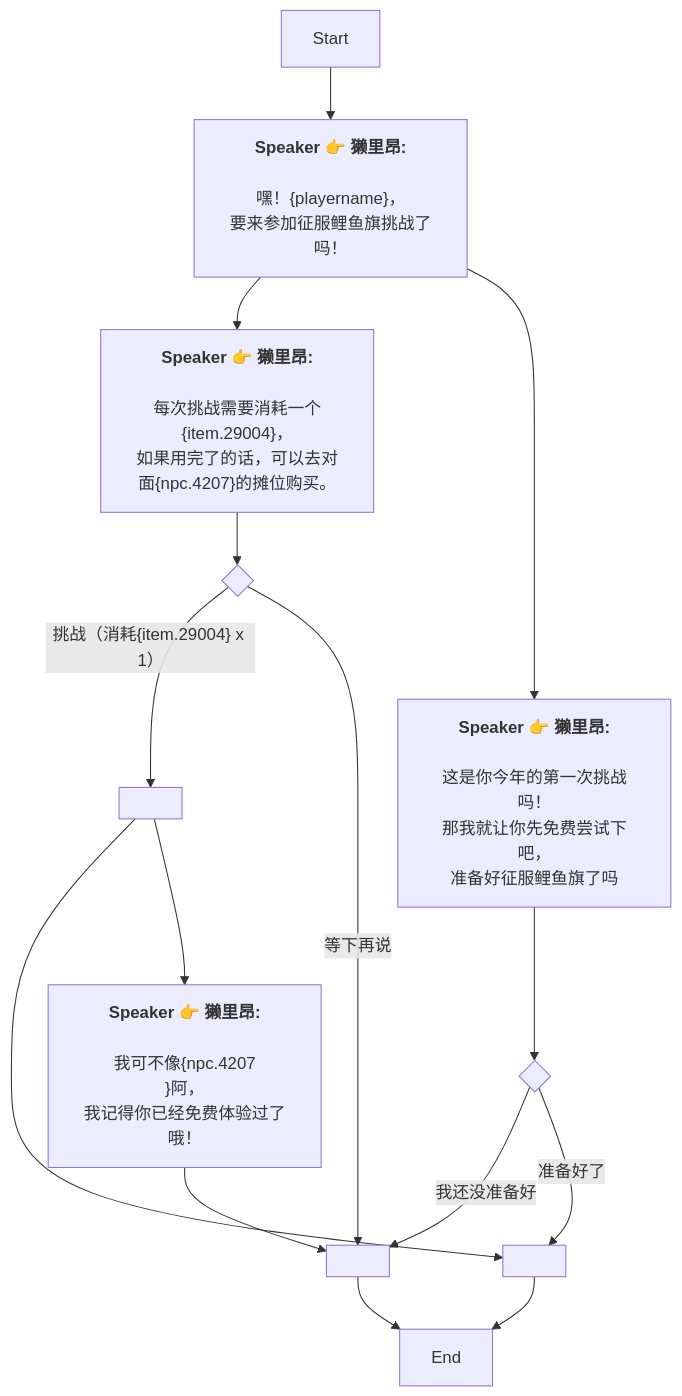
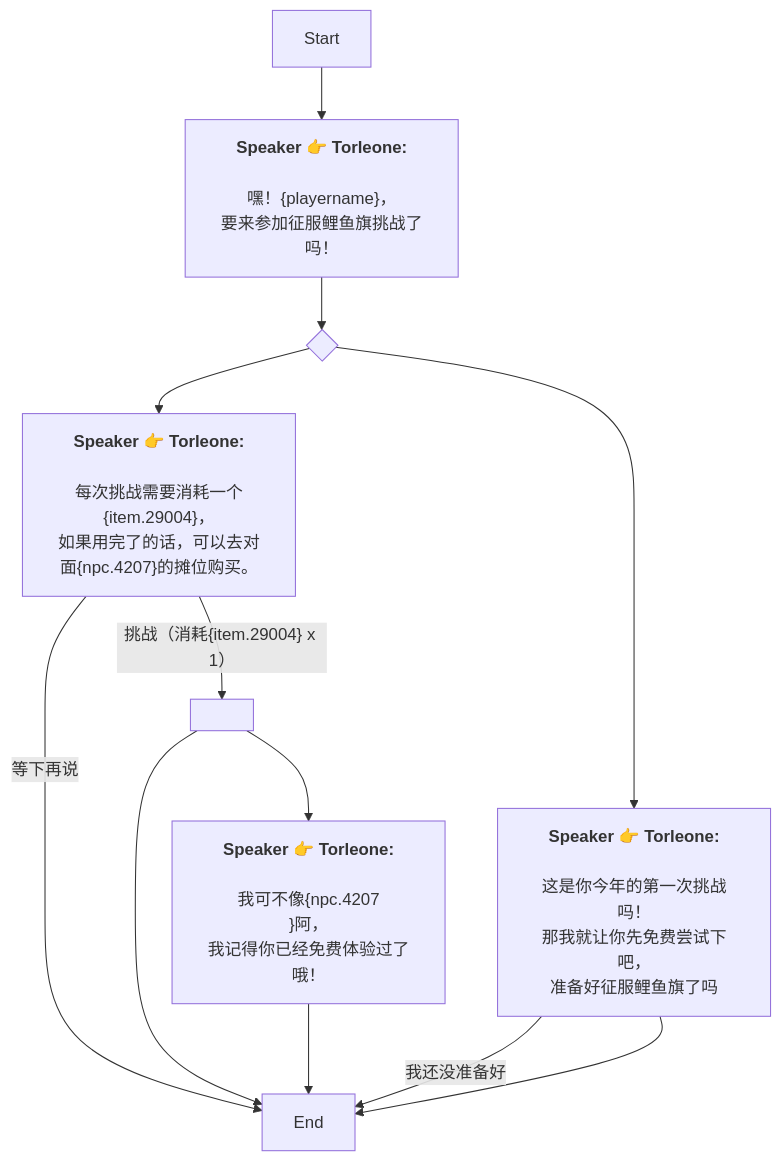
The diagram in Zh/AddDialogNode_1747827838779673.md (SoftHu/tos_avg), drawn with Mermaid before and after one commit. The commit also changed 737 other files, not shown here.

````diff
--- a/Zh/AddDialogNode_1747827838779673.md
+++ b/Zh/AddDialogNode_1747827838779673.md
@@ -1,32 +1,25 @@
 ```mermaid
 graph
-Start -->1747827907015965[<b>Speaker 👉 獭里昂:</b>
-
-嘿！&lbrace;playername&rbrace;，
+Start -->1747827907015965[<b>Speaker 👉 Torleone:</b>
+\n嘿！&lbrace;playername&rbrace;，
 要来参加征服鲤鱼旗挑战了吗！]
-1747827907015965 -->1752005655631188[<b>Speaker 👉 獭里昂:</b>
-
-每次挑战需要消耗一个&lbrace;item.29004&rbrace;，
+1747827907015965 -->1752005422132562{ }
+1752005422132562 -->1752005655631188[<b>Speaker 👉 Torleone:</b>
+\n每次挑战需要消耗一个&lbrace;item.29004&rbrace;，
 如果用完了的话，可以去对面&lbrace;npc.4207&rbrace;的摊位购买。]
-1747827907015965 -->1752005877835099[<b>Speaker 👉 獭里昂:</b>
-
-这是你今年的第一次挑战吗！
+1752005422132562 -->1752005877835099[<b>Speaker 👉 Torleone:</b>
+\n这是你今年的第一次挑战吗！
 那我就让你先免费尝试下吧，
 准备好征服鲤鱼旗了吗]
-1752005655631188 -->1752005828131157{ }
-1752005828131157 -->|挑战（消耗&lbrace;item.29004&rbrace; x 1）|1752005867783514[ ]
-1752005828131157 -->|等下再说|1751644294411574[ ]
-1752005867783514 -->1751644280567093{ }
-1752005867783514 -->1752006146056546[<b>Speaker 👉 獭里昂:</b>
-
-我可不像&lbrace;npc.4207
+1752005655631188 -->|挑战（消耗&lbrace;item.29004&rbrace; x 1）|1752005867783514[ ]
+1752005655631188 -->|等下再说|1747827980024094[End]
+1752005867783514 -->1752006146056546[<b>Speaker 👉 Torleone:</b>
+\n我可不像&lbrace;npc.4207
 &rbrace;阿，
 我记得你已经免费体验过了哦！]
-1751644280567093 -->1747827980024094[End]
-1752006146056546 -->1751644294411574{ }
-1751644294411574 -->1747827980024094[End]
-1752005877835099 -->1752005938413916{ }
-1752005938413916 -->|我还没准备好|1751644294411574[ ]
-1752005938413916 -->|准备好了|1751644280567093[ ]
+1752005867783514 -->1747827980024094[End]
+1752006146056546 -->1747827980024094[End]
+1752005877835099 -->|我还没准备好|1747827980024094[End]
+1752005877835099 -->1747827980024094[End]
 
- ```
+```
````
